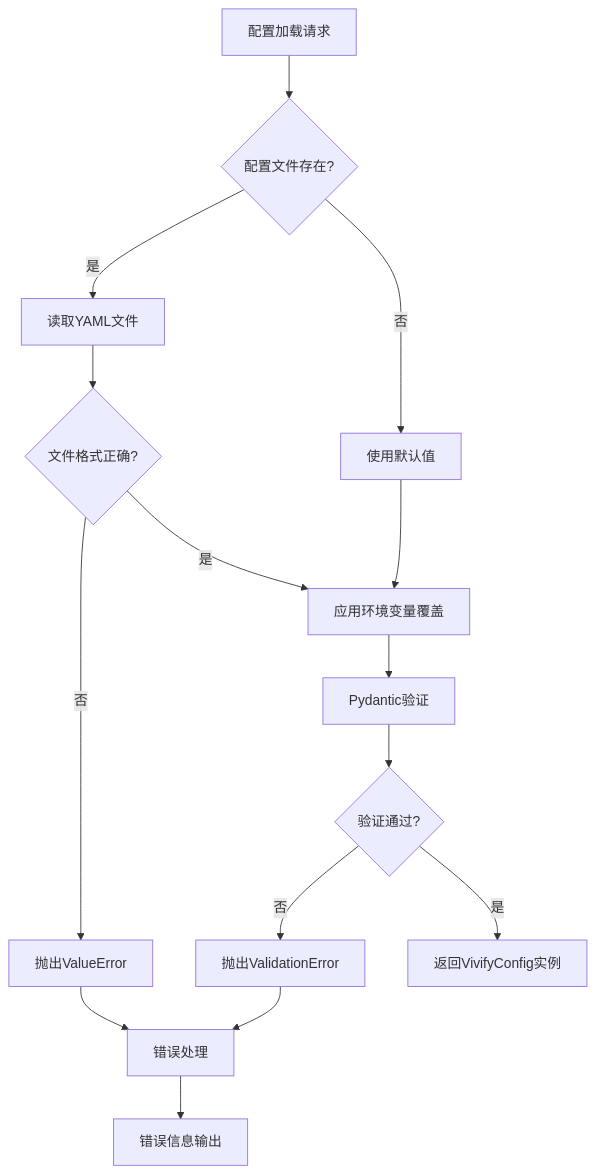
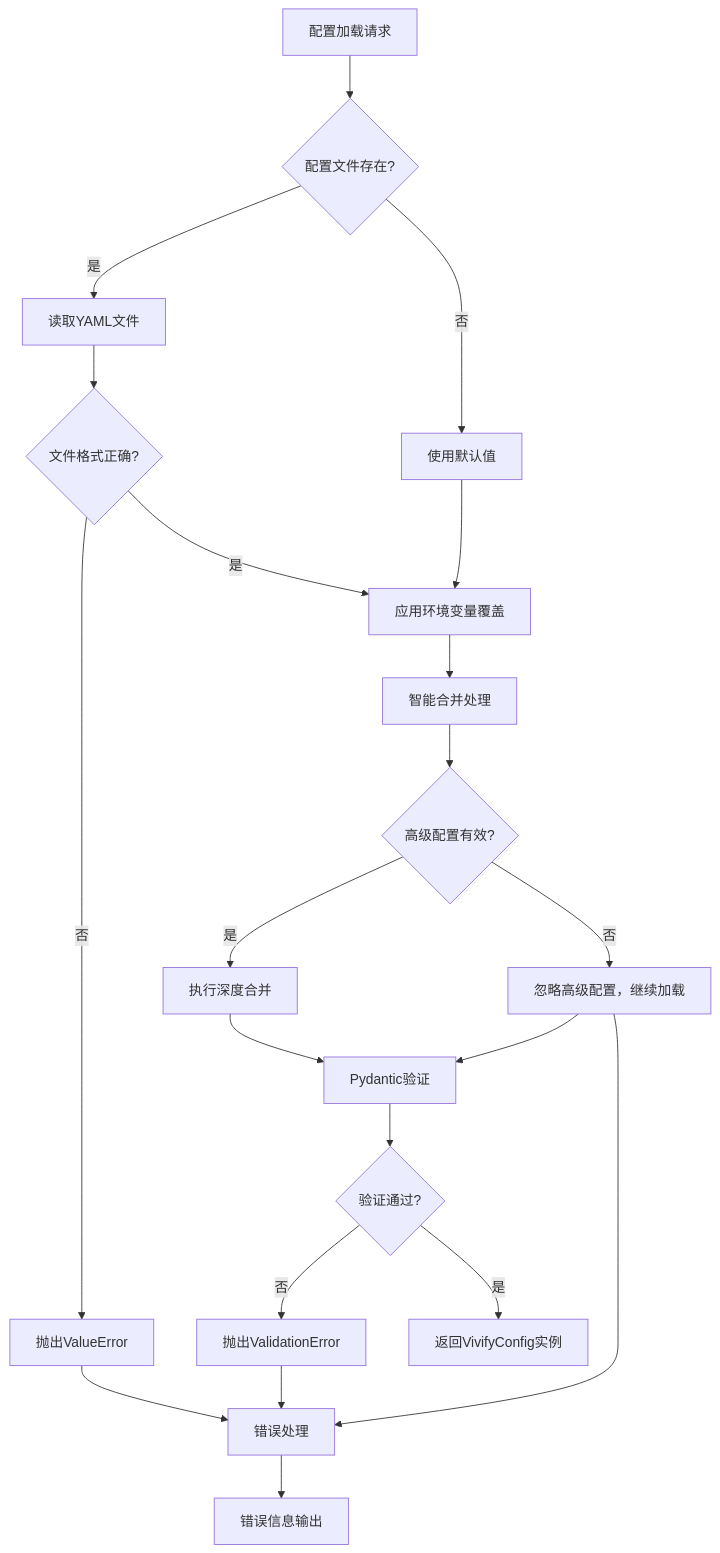
Before and after one commit to pinsonchen/vivify: the ninth of 9 diagrams in .qoder/repowiki/zh/content/技术实现参考/配置文件更新/配置文件更新.md, drawn with Mermaid. The commit also changed other lines of this file and 25 other files, not shown here.

````diff
--- a/.qoder/repowiki/zh/content/技术实现参考/配置文件更新/配置文件更新.md
+++ b/.qoder/repowiki/zh/content/技术实现参考/配置文件更新/配置文件更新.md
@@ -855,17 +882,23 @@
 ```mermaid
 flowchart TD
 A[配置加载请求] --> B{配置文件存在?}
 B --> |是| C[读取YAML文件]
 B --> |否| D[使用默认值]
 C --> E{文件格式正确?}
 E --> |否| F[抛出ValueError]
 E --> |是| G[应用环境变量覆盖]
 D --> G
-G --> H[Pydantic验证]
-H --> I{验证通过?}
-I --> |否| J[抛出ValidationError]
-I --> |是| K[返回VivifyConfig实例]
-F --> L[错误处理]
+G --> H[智能合并处理]
+H --> I{高级配置有效?}
+I --> |否| J[忽略高级配置，继续加载]
+I --> |是| K[执行深度合并]
+K --> L[Pydantic验证]
 J --> L
-L --> M[错误信息输出]
+L --> M{验证通过?}
+M --> |否| N[抛出ValidationError]
+M --> |是| O[返回VivifyConfig实例]
+F --> P[错误处理]
+N --> P
+J --> P
+P --> Q[错误信息输出]
 ```
````
